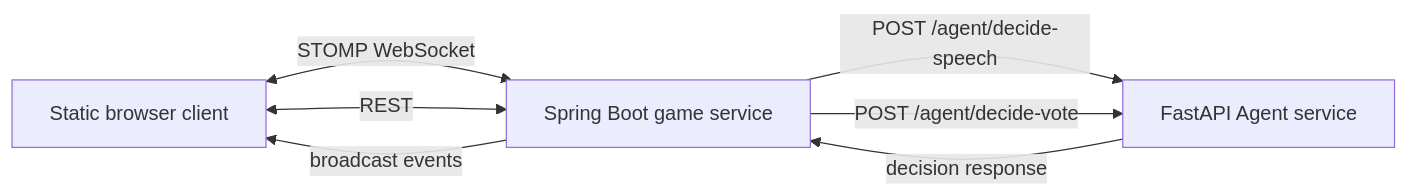
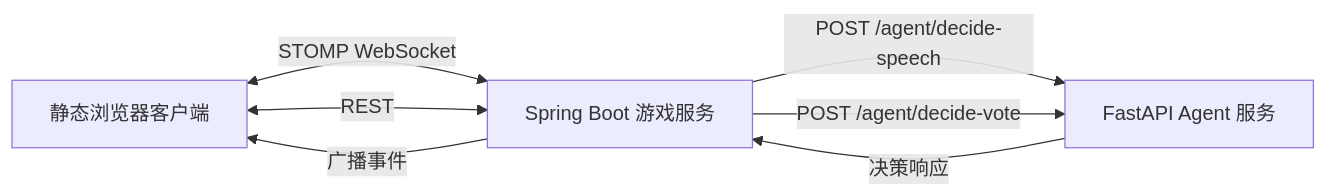
Before and after one commit to Zvvq/deep-cover: the diagram in docs/superpowers/specs/2026-05-08-deep-cover-game-design.md, drawn with Mermaid. The commit also changed other lines of this file, not shown here.

Commit message:
docs: translate game design to Chinese

````diff
--- a/docs/superpowers/specs/2026-05-08-deep-cover-game-design.md
+++ b/docs/superpowers/specs/2026-05-08-deep-cover-game-design.md
@@ -27,9 +29,9 @@
 ```mermaid
 flowchart LR
-  Browser["Static browser client"] <-->|STOMP WebSocket| Java["Spring Boot game service"]
+  Browser["静态浏览器客户端"] <-->|STOMP WebSocket| Java["Spring Boot 游戏服务"]
   Browser <-->|REST| Java
-  Java -->|"POST /agent/decide-speech"| Python["FastAPI Agent service"]
+  Java -->|"POST /agent/decide-speech"| Python["FastAPI Agent 服务"]
   Java -->|"POST /agent/decide-vote"| Python
-  Python -->|"decision response"| Java
-  Java -->|"broadcast events"| Browser
+  Python -->|"决策响应"| Java
+  Java -->|"广播事件"| Browser
 ```
````
